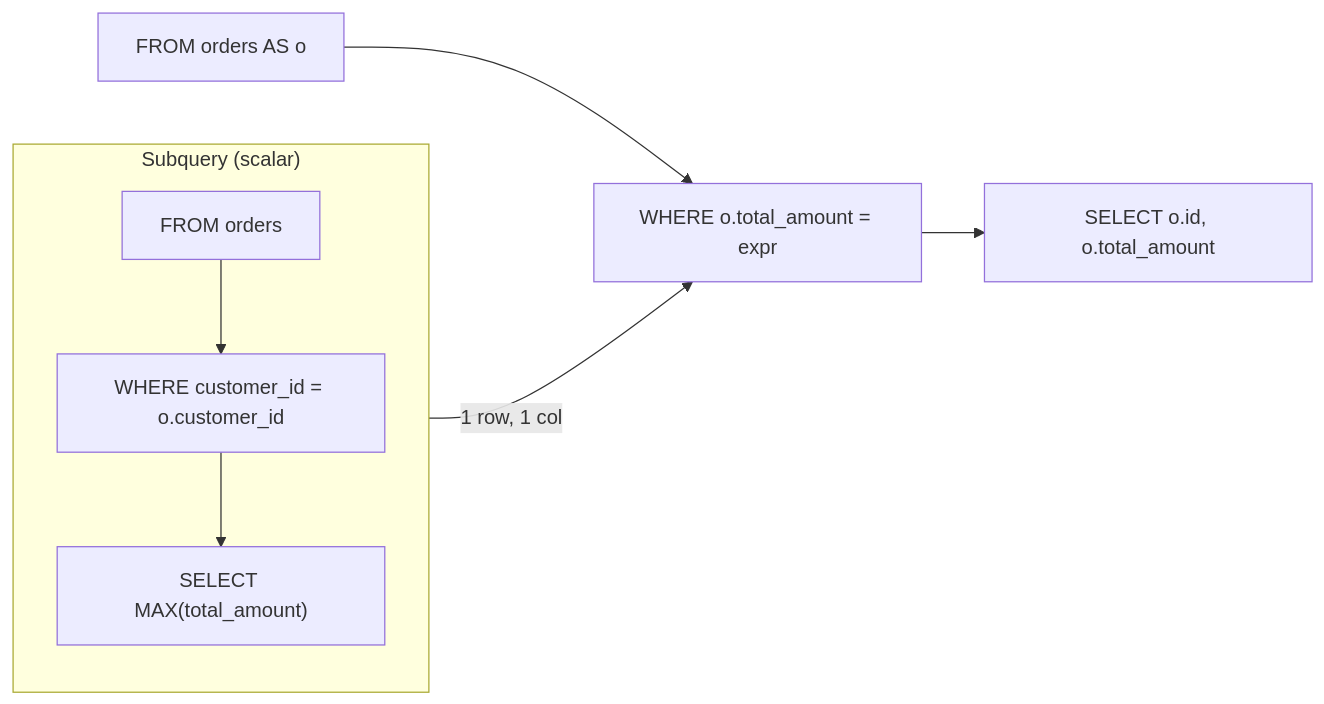
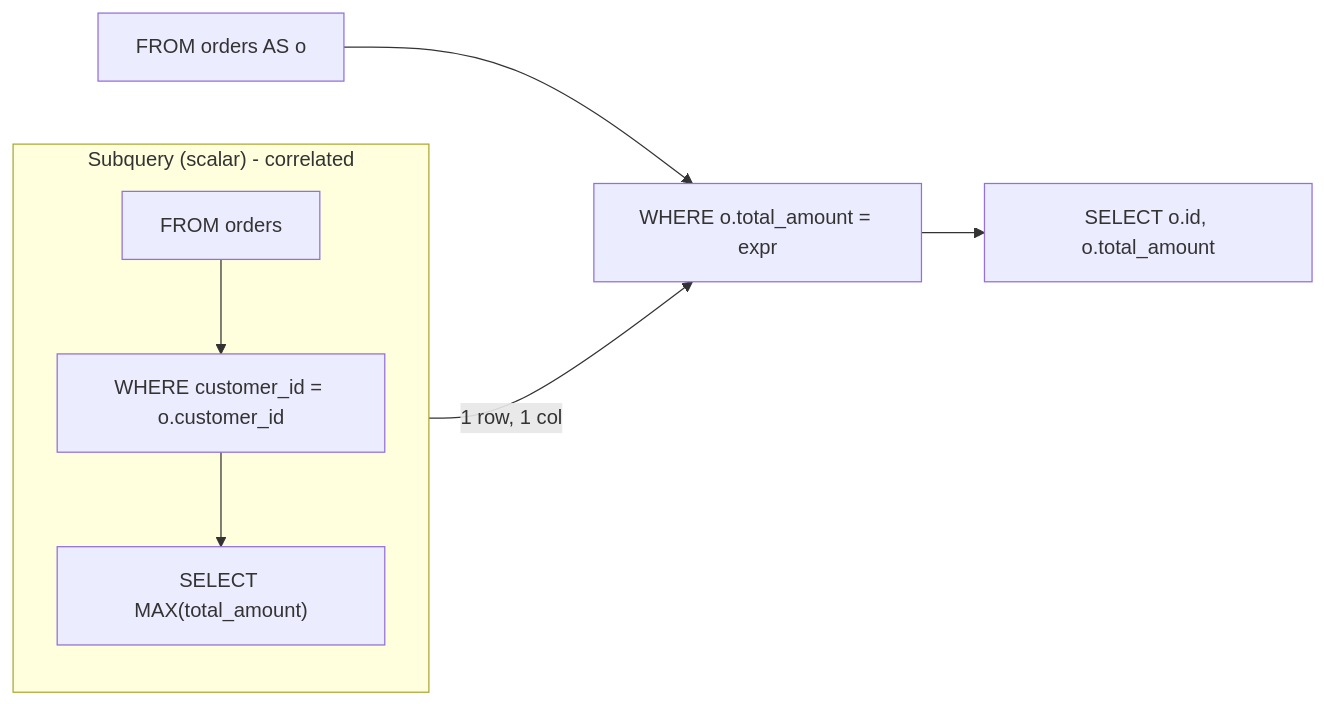
Before and after one commit to rot1024/sqloflow: the diagram in examples/subquery_scalar.mmd, drawn with Mermaid. The commit also changed 21 other files, not shown here.

Commit message:
feat: support correlated subquery

```diff
--- a/examples/subquery_scalar.mmd
+++ b/examples/subquery_scalar.mmd
@@ -1,15 +1,15 @@
 flowchart LR
     node_0[FROM orders AS o]
     node_1["WHERE o.total_amount = expr"]
-    subgraph subquery_node_2 ["Subquery (scalar)"]
+    subgraph subquery_node_2 ["Subquery (scalar) - correlated"]
         direction TB
         subq_2_node_0[FROM orders]
         subq_2_node_1["WHERE customer_id = o.customer_id"]
         subq_2_node_2["SELECT MAX(total_amount)"]
         subq_2_node_0 --> subq_2_node_1
         subq_2_node_1 --> subq_2_node_2
     end
     subq_2_node_2 -->|1 row, 1 col| node_1
     node_3["SELECT o.id, o.total_amount"]
     node_0 --> node_1
     node_1 --> node_3
```
